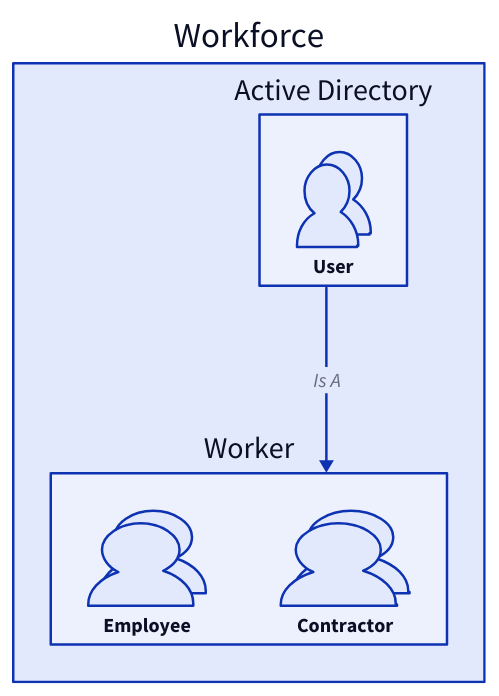
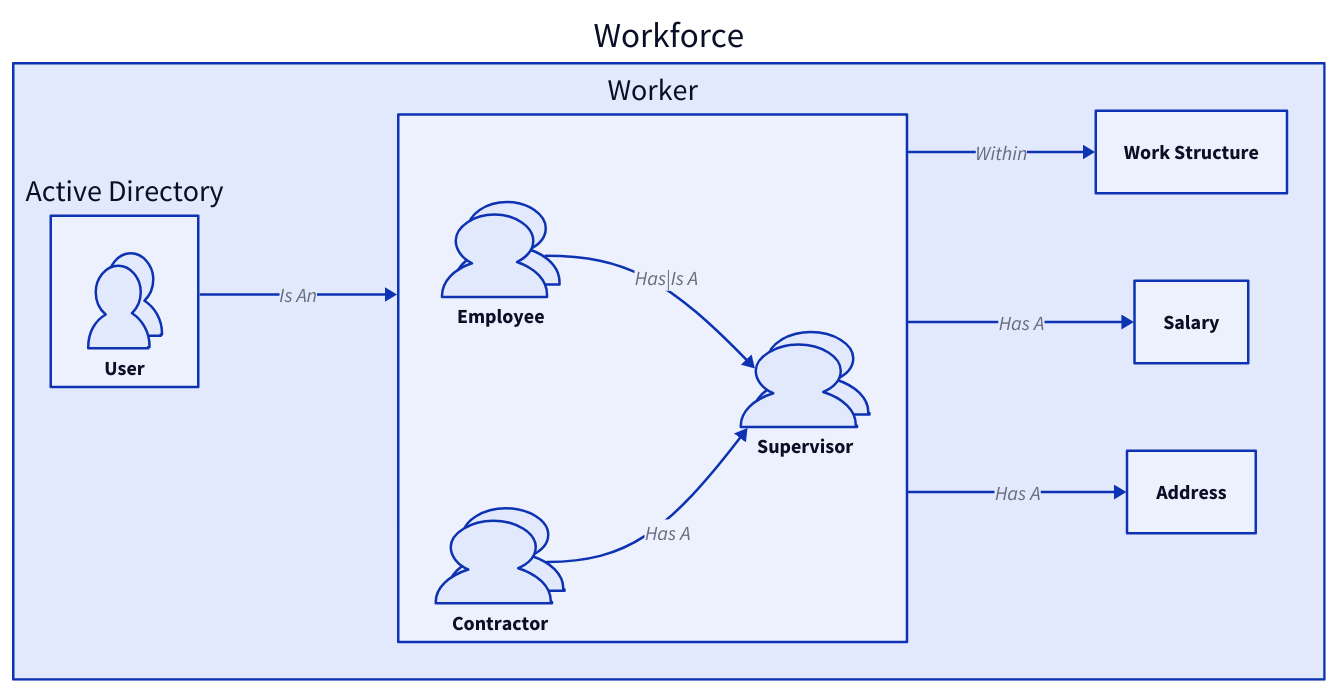
The diagram in Workforce/WorkforceContext.d2 (txd220/td_domain_context), drawn with D2 before and after one commit. The commit also changed 9 other files, not shown here.

```diff
--- a/Workforce/WorkforceContext.d2
+++ b/Workforce/WorkforceContext.d2
@@ -1,20 +1,32 @@
+direction: right
 Workforce: {
     Worker: {
       Employee: {
         shape: person
         style.multiple: true
       }
       Contractor: {
         shape: person
         style.multiple: true
       }
+      Supervisor: {
+        shape: person
+        style.multiple: true
+      }
+      Employee -> Supervisor: Has|Is A
+      Contractor -> Supervisor: Has A      
     }
+    Worker -> Work Structure: Within
+
     Active Directory: {
       User: {
         shape: person
         style.multiple: true
       }
     }
-  
-    Active Directory -> Worker: Is A
+    
+    Worker -> Salary: Has A
+    Worker -> Address: Has A
+    Active Directory -> Worker: Is An
+    
   }
```
